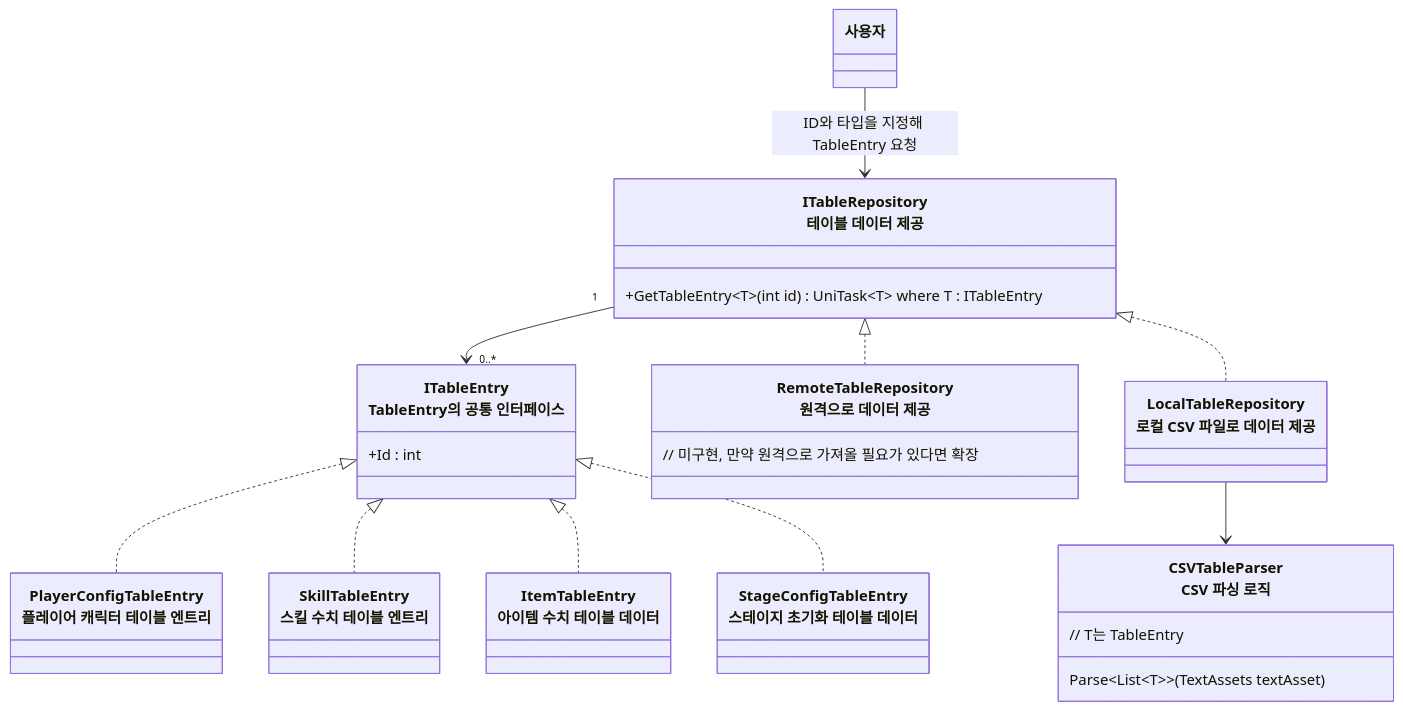
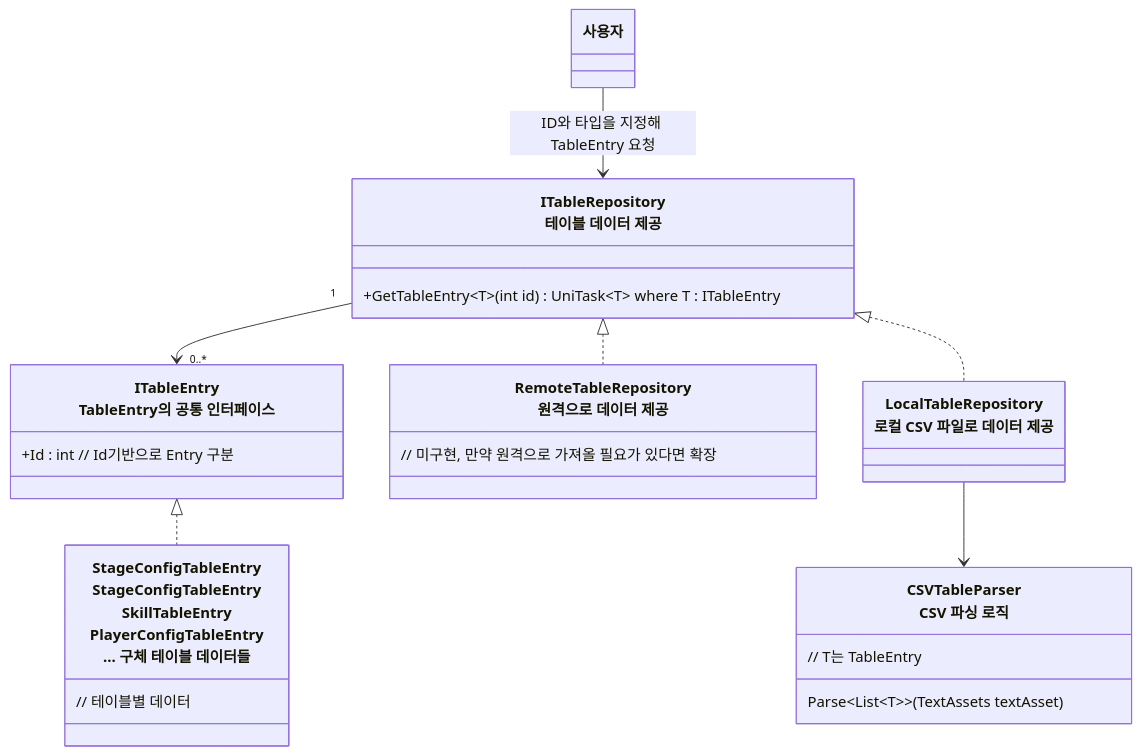
Before and after one commit to JIN5EOK/DungeonShooter: the diagram in README/데이터테이블_설계.md, drawn with Mermaid.

````diff
--- a/README/데이터테이블_설계.md
+++ b/README/데이터테이블_설계.md
@@ -11,44 +11,33 @@
 ```mermaid
 classDiagram
     class ITableRepository["ITableRepository<br>테이블 데이터 제공"]{
 	    +GetTableEntry~T~(int id) UniTask~T~ where T : ITableEntry
 	}
 	
 	class LocalTableRepository["LocalTableRepository<br>로컬 CSV 파일로 데이터 제공"]{
 
 	}
 	
 	class RemoteTableRepository["RemoteTableRepository<br>원격으로 데이터 제공"]{
         // 미구현, 만약 원격으로 가져올 필요가 있다면 확장
 	}
 	
 	class CSVTableParser["CSVTableParser<br>CSV 파싱 로직"]{
 	    Parse~List~T~~(TextAssets textAsset) 
 	    // T는 TableEntry
     }
 	
 	class ITableEntry["ITableEntry<br>TableEntry의 공통 인터페이스"]{
-	    +Id : int
+	    +Id : int // Id기반으로 Entry 구분
     }
-    class StageConfigTableEntry["StageConfigTableEntry<br>스테이지 초기화 테이블 데이터"]{
+    class 테이블데이터들["StageConfigTableEntry<br>StageConfigTableEntry<br>SkillTableEntry<br>PlayerConfigTableEntry<br>... 구체 테이블 데이터들"]{
+        // 테이블별 데이터
+    }
 
-    }
-    class ItemTableEntry["ItemTableEntry<br>아이템 수치 테이블 데이터"]{
-
-    }
-    class SkillTableEntry["SkillTableEntry<br>스킬 수치 테이블 엔트리"]{
-
-    }
-    class PlayerConfigTableEntry["PlayerConfigTableEntry<br>플레이어 캐릭터 테이블 엔트리"]{
-
-    }
-    ITableEntry <|.. PlayerConfigTableEntry
-	ITableEntry <|.. SkillTableEntry
-    ITableEntry <|.. ItemTableEntry
-    ITableEntry <|.. StageConfigTableEntry
+    ITableEntry <|.. 테이블데이터들
     ITableRepository "1"-->"0..*" ITableEntry
 	ITableRepository <|.. LocalTableRepository
     LocalTableRepository --> CSVTableParser
     ITableRepository <|.. RemoteTableRepository
     사용자 --> ITableRepository : ID와 타입을 지정해 TableEntry 요청
 ```
````
